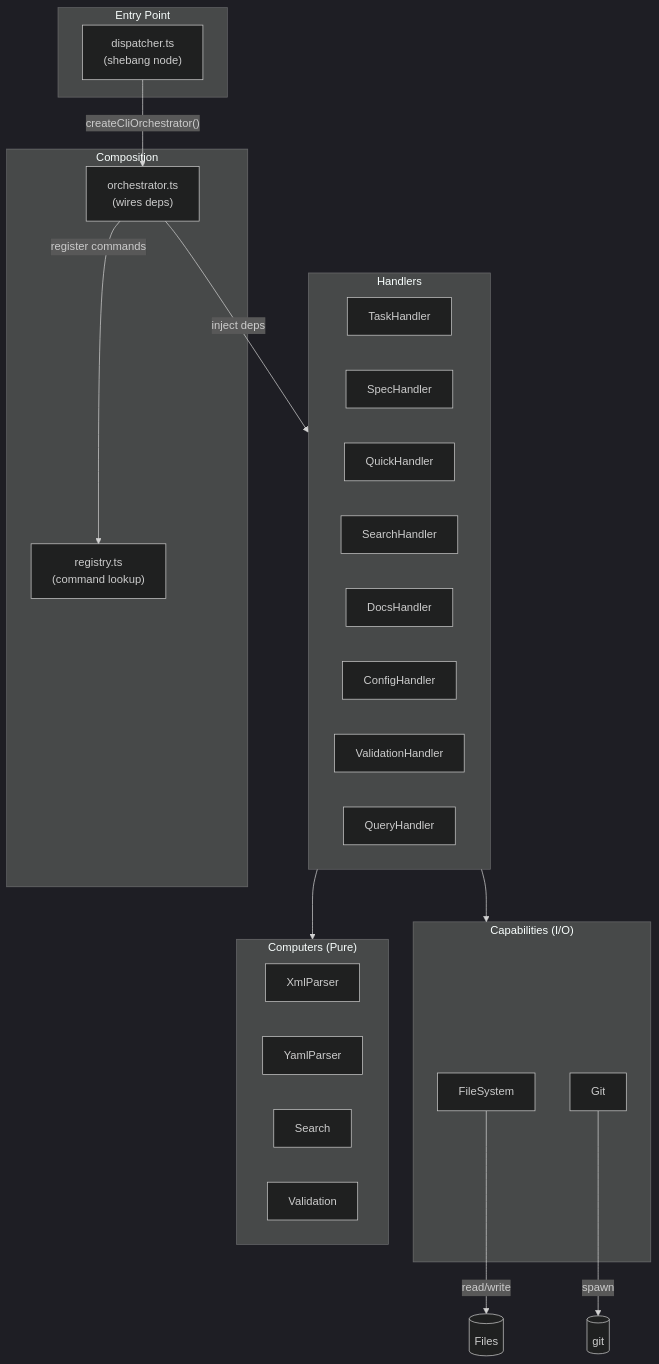
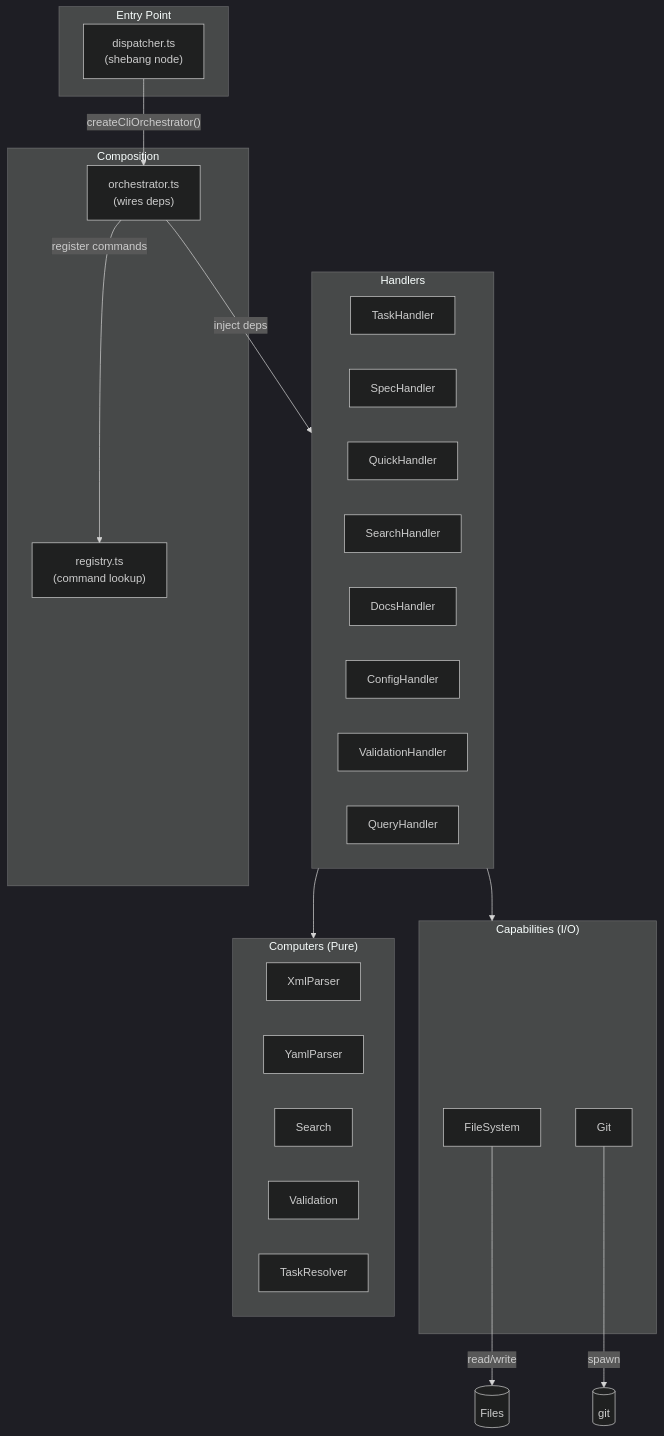
Before and after one commit to mattfletcher94/festinalente: the first of 2 diagrams in .festinalente/engineering/systems/cli/_index.md, drawn with Mermaid (dark theme). The commit also changed other lines of this file and 3 other files, not shown here.

````diff
--- a/.festinalente/engineering/systems/cli/_index.md
+++ b/.festinalente/engineering/systems/cli/_index.md
@@ -65,44 +66,45 @@
 ```mermaid
 flowchart TB
     subgraph Entry["Entry Point"]
         DISP["dispatcher.ts<br/>(shebang node)"]
     end
 
     subgraph Composition["Composition"]
         ORCH["orchestrator.ts<br/>(wires deps)"]
         REG["registry.ts<br/>(command lookup)"]
     end
 
     subgraph Handlers["Handlers"]
         TASK["TaskHandler"]
         SPEC["SpecHandler"]
         QUICK["QuickHandler"]
         SEARCH["SearchHandler"]
         DOCS["DocsHandler"]
         CONFIG["ConfigHandler"]
         VALID["ValidationHandler"]
         QUERY["QueryHandler"]
     end
 
     subgraph Capabilities["Capabilities (I/O)"]
         FS["FileSystem"]
         GIT["Git"]
     end
 
     subgraph Computers["Computers (Pure)"]
         XML["XmlParser"]
         YAML["YamlParser"]
         SRCH["Search"]
         VAL["Validation"]
+        TRES["TaskResolver"]
     end
 
     DISP -->|"createCliOrchestrator()"| ORCH
     ORCH -->|"register commands"| REG
     ORCH -->|"inject deps"| Handlers
 
     Handlers --> Capabilities
     Handlers --> Computers
 
     FS -->|"read/write"| DB[(Files)]
     GIT -->|"spawn"| GITCMD[("git")]
 ```
````
